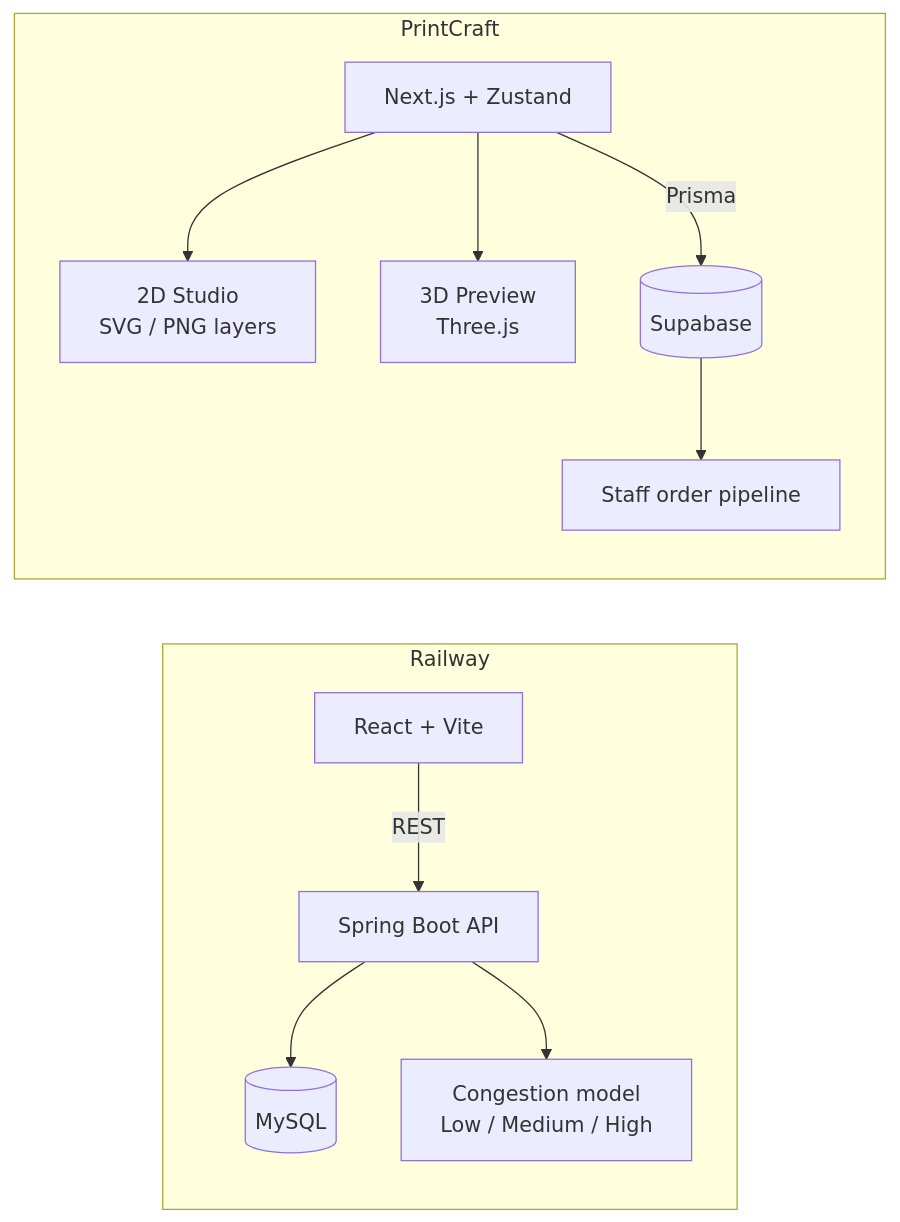
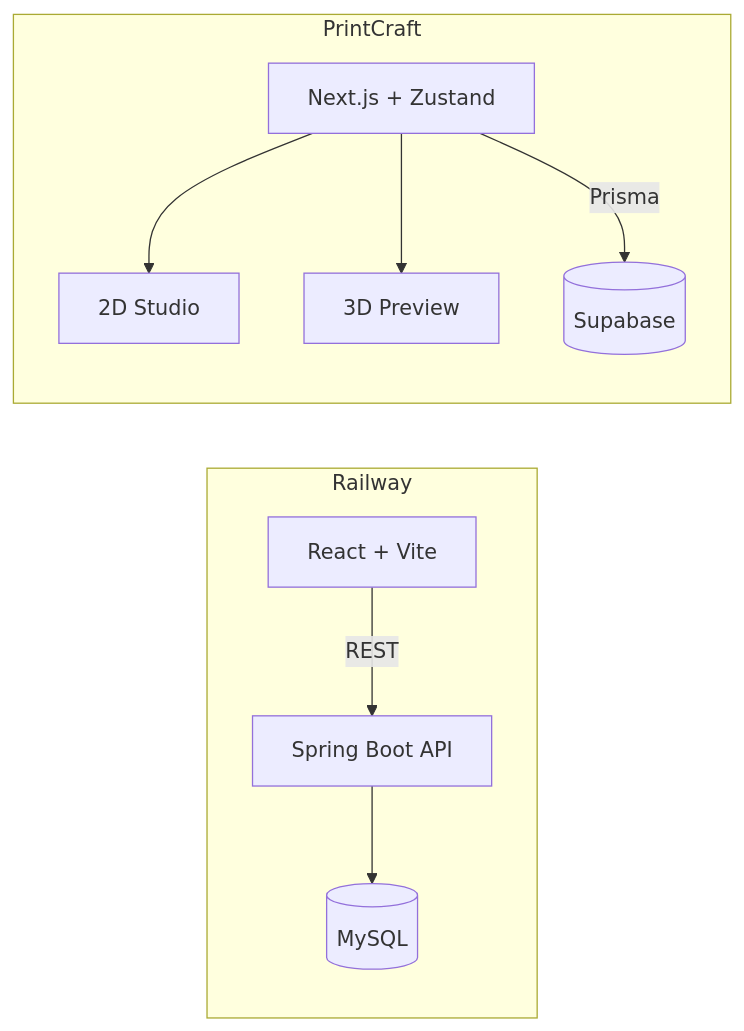
The diagram in README.md (ilm2ankhan-maker/ilm2ankhan-maker), drawn with Mermaid before and after one commit. The commit also changed other lines of this file, not shown here.

````diff
--- a/README.md
+++ b/README.md
@@ -171,15 +71,13 @@
 ```mermaid
 flowchart LR
     subgraph Railway
         RC[React + Vite] -->|REST| SB[Spring Boot API]
         SB --> ML[(MySQL)]
-        SB --> PR[Congestion model<br/>Low / Medium / High]
     end
 
     subgraph PrintCraft
-        NX[Next.js + Zustand] --> ST[2D Studio<br/>SVG / PNG layers]
-        NX --> TD[3D Preview<br/>Three.js]
+        NX[Next.js + Zustand] --> ST[2D Studio]
+        NX --> TD[3D Preview]
         NX -->|Prisma| SP[(Supabase)]
-        SP --> OD[Staff order pipeline]
     end
 ```
````
